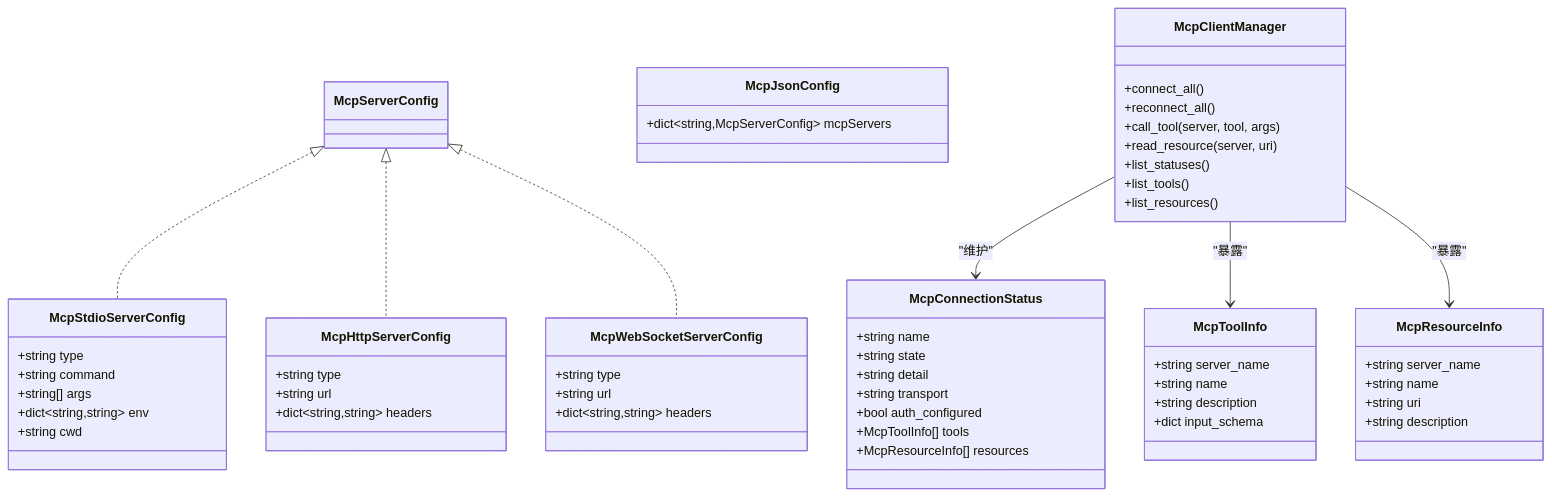
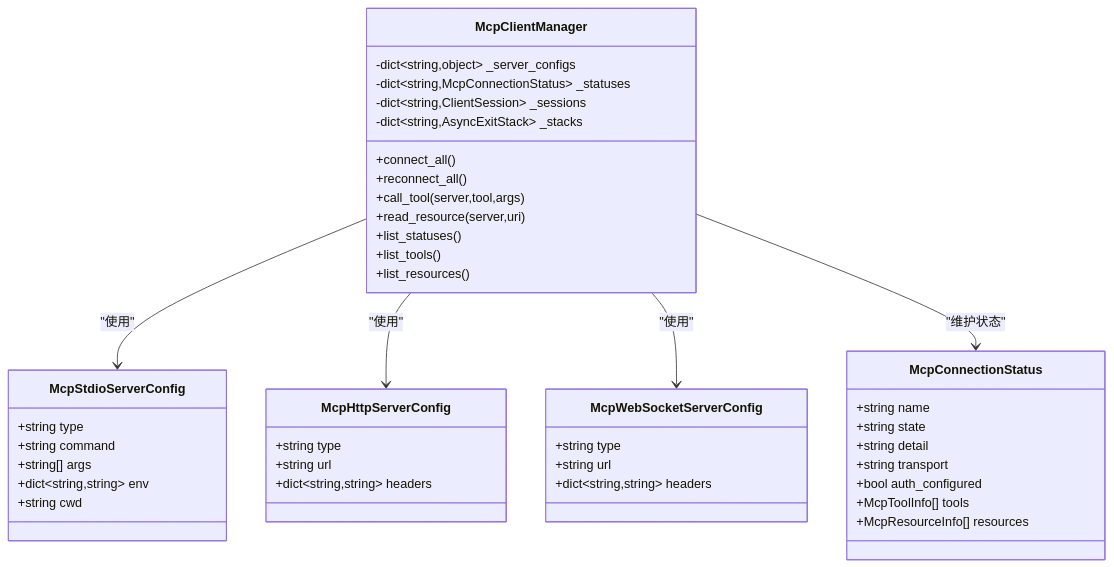
Before and after one commit to haolange/OpenHarness: the third of 5 diagrams in .qoder/repowiki/zh/content/MCP 协议支持/MCP 服务器配置.md, drawn with Mermaid. The commit also changed other lines of this file and 222 other files, not shown here.

````diff
--- a/.qoder/repowiki/zh/content/MCP 协议支持/MCP 服务器配置.md
+++ b/.qoder/repowiki/zh/content/MCP 协议支持/MCP 服务器配置.md
@@ -273,60 +213,46 @@
 ```mermaid
 classDiagram
 class McpStdioServerConfig {
 +string type
 +string command
 +string[] args
 +dict~string,string~ env
 +string cwd
 }
 class McpHttpServerConfig {
 +string type
 +string url
 +dict~string,string~ headers
 }
 class McpWebSocketServerConfig {
 +string type
 +string url
 +dict~string,string~ headers
 }
-class McpServerConfig
-class McpJsonConfig {
-+dict~string,McpServerConfig~ mcpServers
-}
 class McpConnectionStatus {
 +string name
 +string state
 +string detail
 +string transport
 +bool auth_configured
 +McpToolInfo[] tools
 +McpResourceInfo[] resources
 }
-class McpToolInfo {
-+string server_name
-+string name
-+string description
-+dict input_schema
-}
-class McpResourceInfo {
-+string server_name
-+string name
-+string uri
-+string description
-}
 class McpClientManager {
+-dict~string,object~ _server_configs
+-dict~string,McpConnectionStatus~ _statuses
+-dict~string,ClientSession~ _sessions
+-dict~string,AsyncExitStack~ _stacks
 +connect_all()
 +reconnect_all()
-+call_tool(server, tool, args)
-+read_resource(server, uri)
++call_tool(server,tool,args)
++read_resource(server,uri)
 +list_statuses()
 +list_tools()
 +list_resources()
 }
-McpServerConfig <|.. McpStdioServerConfig
-McpServerConfig <|.. McpHttpServerConfig
-McpServerConfig <|.. McpWebSocketServerConfig
-McpClientManager --> McpConnectionStatus : "维护"
-McpClientManager --> McpToolInfo : "暴露"
-McpClientManager --> McpResourceInfo : "暴露"
+McpClientManager --> McpStdioServerConfig : "使用"
+McpClientManager --> McpHttpServerConfig : "使用"
+McpClientManager --> McpWebSocketServerConfig : "使用"
+McpClientManager --> McpConnectionStatus : "维护状态"
 ```
````
